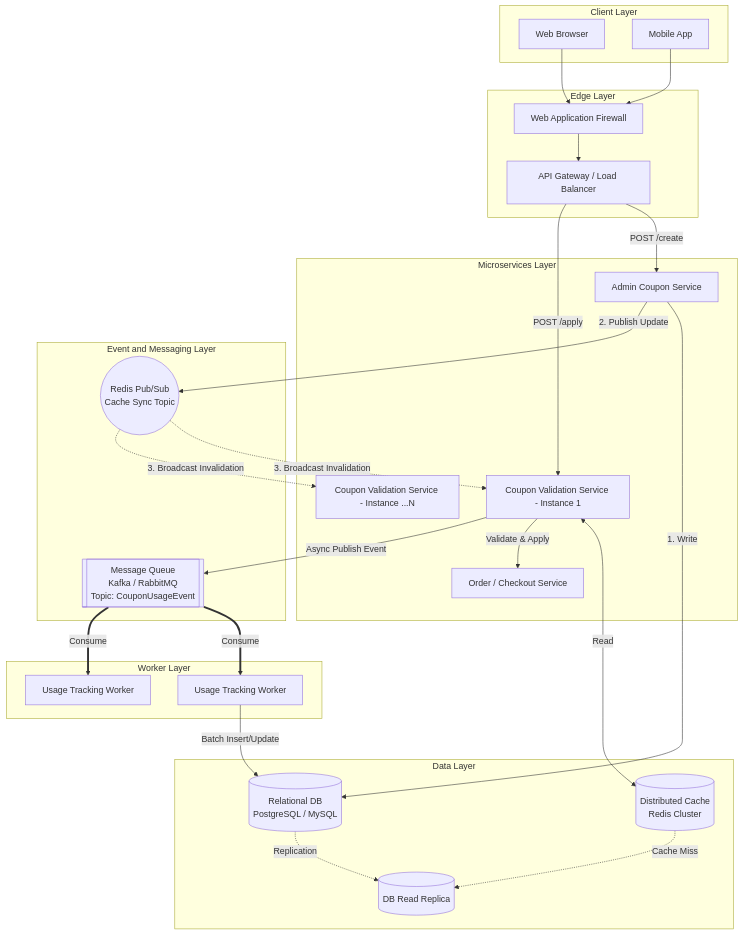
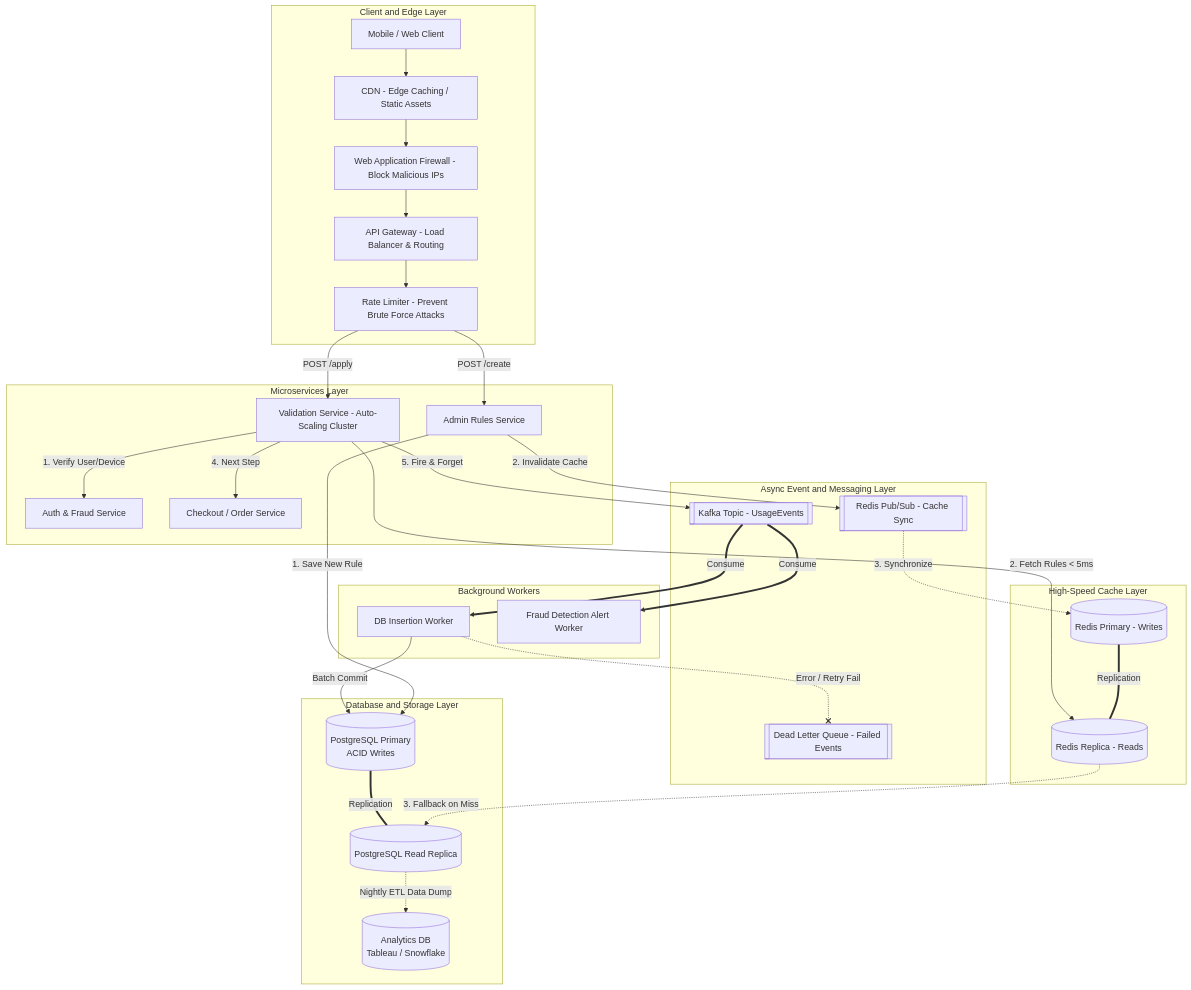
Before and after one commit to MSB-io/Coupon-Management-System-Design: the first of 3 diagrams in Architecture.md, drawn with Mermaid. The commit also changed other lines of this file, not shown here.

Commit message:
Revise architecture documentation to enhance clarity and detail; update diagrams for client, microservices, and messaging layers

````diff
--- a/Architecture.md
+++ b/Architecture.md
@@ -8,64 +8,80 @@
 ```mermaid
 graph TD
-    %% Define Client Layer
-    subgraph Client Layer
-        Web[Web Browser]
-        Mobile[Mobile App]
+    %% 1. Client & Edge Layer
+    subgraph Client and Edge Layer
+        App[Mobile / Web Client]
+        CDN[CDN - Edge Caching / Static Assets]
+        WAF[Web Application Firewall - Block Malicious IPs]
+        APIGW[API Gateway - Load Balancer & Routing]
+        RL[Rate Limiter - Prevent Brute Force Attacks]
     end
 
-    %% Define Gateway Layer
-    subgraph Edge Layer
-        WAF[Web Application Firewall]
-        APIGW[API Gateway / Load Balancer]
+    %% 2. Microservices Layer
+    subgraph Microservices Layer
+        AuthSvc[Auth & Fraud Service]
+        AdminSvc[Admin Rules Service]
+        CouponSvc[Validation Service - Auto-Scaling Cluster]
+        OrderSvc[Checkout / Order Service]
     end
 
-    %% Define Service Layer
-    subgraph Microservices Layer
-        AdminSvc[Admin Coupon Service]
-        CouponSvc1[Coupon Validation Service - Instance 1]
-        CouponSvc2[Coupon Validation Service - Instance ...N]
-        OrderSvc[Order / Checkout Service]
+    %% 3. Distributed Cache Layer
+    subgraph High-Speed Cache Layer
+        RedisPrimary[(Redis Primary - Writes)]
+        RedisReplica[(Redis Replica - Reads)]
     end
 
-    %% Define Event/Messaging Layer
-    subgraph Event and Messaging Layer
-        PubSub((Redis Pub/Sub<br>Cache Sync Topic))
-        MsgQueue[[Message Queue<br>Kafka / RabbitMQ<br>Topic: CouponUsageEvent]]
+    %% 4. Event Streaming & Queues
+    subgraph Async Event and Messaging Layer
+        PubSub[[Redis Pub/Sub - Cache Sync]]
+        KafkaUsage[[Kafka Topic - UsageEvents]]
+        DLQ[[Dead Letter Queue - Failed Events]]
     end
 
-    %% Define Worker Layer
-    subgraph Worker Layer
-        UsageWorker1[Usage Tracking Worker]
-        UsageWorker2[Usage Tracking Worker]
+    %% 5. Worker Layer
+    subgraph Background Workers
+        UsageWorker[DB Insertion Worker]
+        AlertWorker[Fraud Detection Alert Worker]
     end
 
-    %% Define Data Layer
-    subgraph Data Layer
-        Cache[(Distributed Cache<br>Redis Cluster)]
-        DB[(Relational DB<br>PostgreSQL / MySQL)]
-        ReadReplica[(DB Read Replica)]
+    %% 6. Persistence & Analytics Layer
+    subgraph Database and Storage Layer
+        DBPrimary[(PostgreSQL Primary<br/>ACID Writes)]
+        DBReplica[(PostgreSQL Read Replica)]
+        DataWarehouse[(Analytics DB<br/>Tableau / Snowflake)]
     end
 
-    %% Connections
-    Web & Mobile --> WAF
+    %% Connections - Edge
+    App --> CDN
+    CDN --> WAF
     WAF --> APIGW
+    APIGW --> RL
+
+    %% Connections - Routing
+    RL -->|POST /create| AdminSvc
+    RL -->|POST /apply| CouponSvc
+
+    %% Connections - Admin Write Flow
+    AdminSvc -->|1. Save New Rule| DBPrimary
+    AdminSvc -->|2. Invalidate Cache| PubSub
+    PubSub -.->|3. Synchronize| RedisPrimary
+    RedisPrimary ===|Replication| RedisReplica
+
+    %% Connections - Validation Read Flow
+    CouponSvc -->|1. Verify User/Device| AuthSvc
+    CouponSvc -->|2. Fetch Rules < 5ms| RedisReplica
+    RedisReplica -.->|3. Fallback on Miss| DBReplica
+    CouponSvc -->|4. Next Step| OrderSvc
+
+    %% Connections - Async Tracking (Queue)
+    CouponSvc -->|5. Fire & Forget| KafkaUsage
+    KafkaUsage ==>|Consume| UsageWorker
+    KafkaUsage ==>|Consume| AlertWorker
     
-    %% Admin Flow (Pub/Sub)
-    APIGW -->|POST /create| AdminSvc
-    AdminSvc -->|1. Write| DB
-    AdminSvc -->|2. Publish Update| PubSub
-    PubSub -.->|3. Broadcast Invalidation| CouponSvc1 & CouponSvc2
+    %% Worker to DB
+    UsageWorker -->|Batch Commit| DBPrimary
+    UsageWorker -.-x|Error / Retry Fail| DLQ
+    DBPrimary ===|Replication| DBReplica
     
-    %% Checkout Flow (Queue)
-    APIGW -->|POST /apply| CouponSvc1
-    CouponSvc1 <-->|Read| Cache
-    Cache -.->|Cache Miss| ReadReplica
-    
-    CouponSvc1 -->|Validate & Apply| OrderSvc
-    CouponSvc1 -->|Async Publish Event| MsgQueue
-    
-    %% Worker Flow
-    MsgQueue ==>|Consume| UsageWorker1 & UsageWorker2
-    UsageWorker1 -->|Batch Insert/Update| DB
-    DB -.->|Replication| ReadReplica
+    %% Analytics
+    DBReplica -.->|Nightly ETL Data Dump| DataWarehouse
 ```
````
